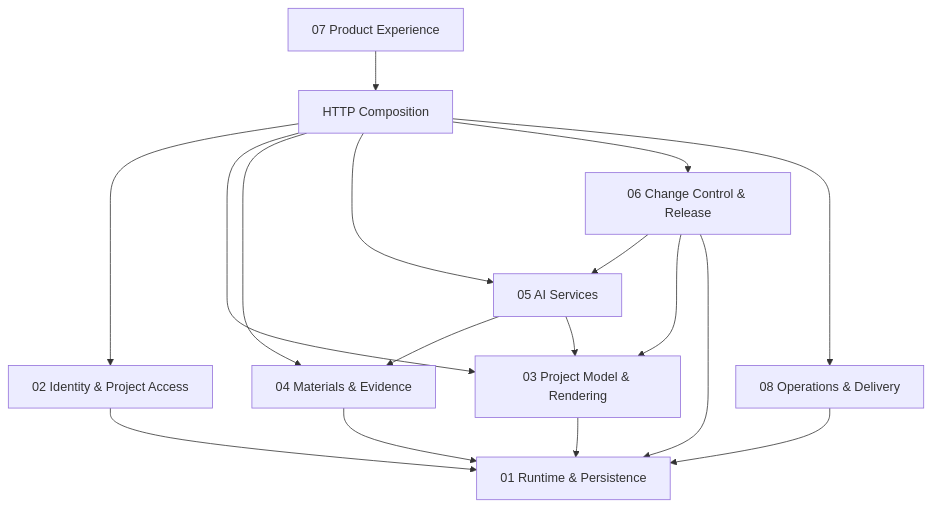
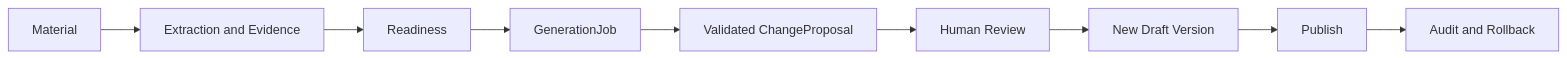
The second of 2 diagrams in .planning/design/system/ARCHITECTURE.md (FATELLS/ai-project-command-platform), drawn with Mermaid before and after one commit. The commit also changed other lines of this file and 146 other files, not shown here.

````diff
--- a/.planning/design/system/ARCHITECTURE.md
+++ b/.planning/design/system/ARCHITECTURE.md
@@ -36,20 +52,11 @@
 ```mermaid
-flowchart TD
-    UI["07 Product Experience"] --> HTTP["HTTP Composition"]
-    HTTP --> IAM["02 Identity & Project Access"]
-    HTTP --> PM["03 Project Model & Rendering"]
-    HTTP --> MAT["04 Materials & Evidence"]
-    HTTP --> AI["05 AI Services"]
-    HTTP --> CCR["06 Change Control & Release"]
-    HTTP --> OPS["08 Operations & Delivery"]
-
-    MAT --> RT["01 Runtime & Persistence"]
-    IAM --> RT
-    PM --> RT
-    AI --> MAT
-    AI --> PM
-    CCR --> AI
-    CCR --> PM
-    CCR --> RT
-    OPS --> RT
+flowchart LR
+  U["Material"] --> E["Extraction and Evidence"]
+  E --> R["Readiness"]
+  R --> G["GenerationJob"]
+  G --> C["Validated ChangeProposal"]
+  C --> V["Human Review"]
+  V --> D["New Draft Version"]
+  D --> P["Publish"]
+  P --> A["Audit and Rollback"]
 ```
````
